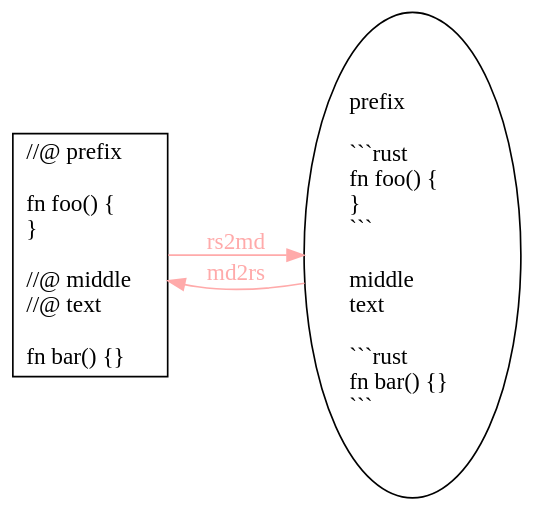
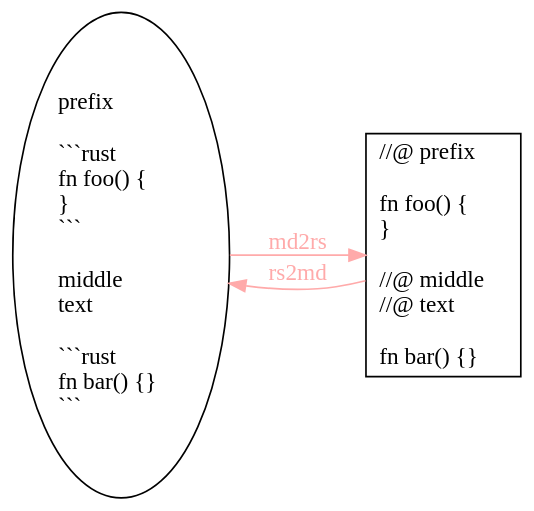
One commit to pnkfelix/tango-demo changed the fourth of 8 diagrams in src/slides.md. Above: the diagram before and after it, drawn with Graphviz. The commit also changed other lines of this file, not shown here.

````diff
--- a/src/slides.md
+++ b/src/slides.md
@@ -217,13 +217,13 @@
 ```dot
 digraph rs2md_min {
     edge[color="#FFAAAA",fontcolor="#FFAAAA"];
   rankdir="LR";
   bgcolor="transparent";
   node [style="filled",fillcolor="#FFFFFF"];
 
+  md [label="prefix\l\l```rust\lfn foo() {\l}\l```\l\lmiddle\ltext\l\l```rust\lfn bar() {}\l```\l"];
   rs [shape="rect",label="//@ prefix\l\lfn foo() {\l}\l\l//@ middle\l//@ text\l\lfn bar() {}\l"];
-  md [label="prefix\l\l```rust\lfn foo() {\l}\l```\l\lmiddle\ltext\l\l```rust\lfn bar() {}\l```\l"];
+  md -> rs [label="md2rs"]
   rs -> md [label="rs2md"]
-  md -> rs [label="md2rs"]
 }
 ```
````
